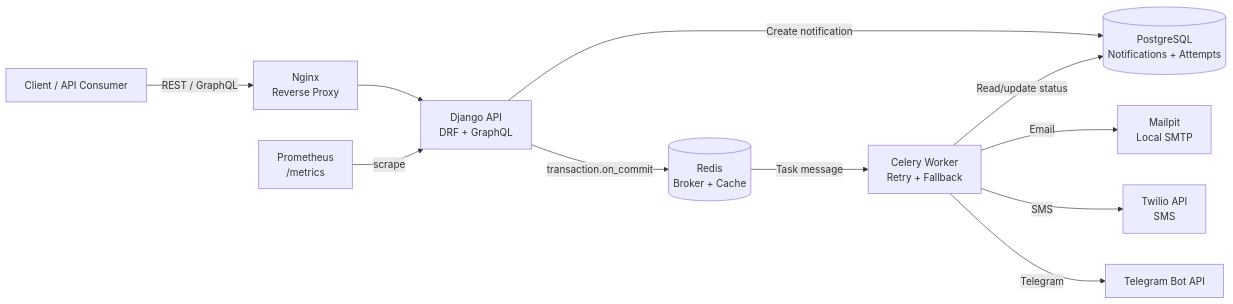
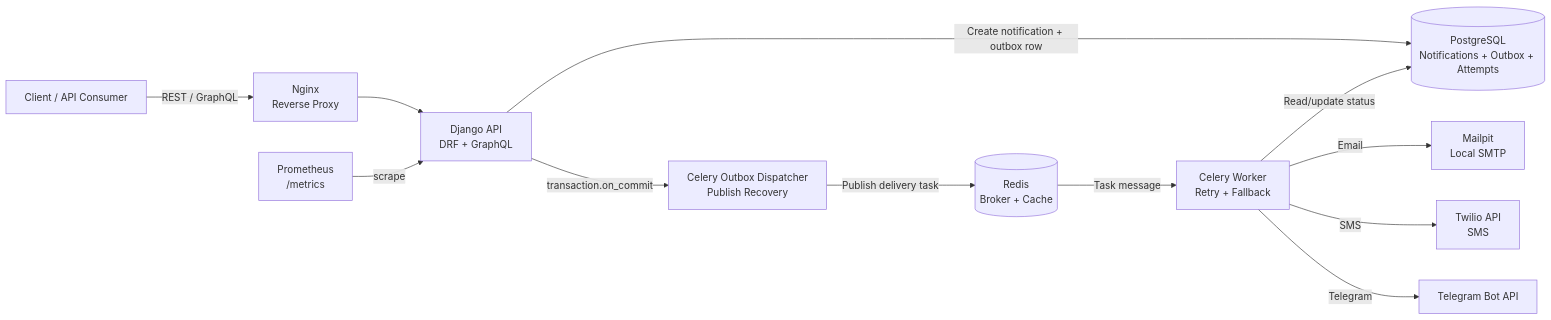
The diagram in README.md (sintbjorn/notification_service_twilio), drawn with Mermaid before and after one commit. The commit also changed other lines of this file and 13 other files, not shown here.

First line of the commit message:
В notifications/serializers.py добавил нормальные OpenAPI schemas для:

````diff
--- a/README.md
+++ b/README.md
@@ -91,24 +101,26 @@
 ```mermaid
 flowchart LR
     client["Client / API Consumer"]
     nginx["Nginx<br/>Reverse Proxy"]
     django["Django API<br/>DRF + GraphQL"]
-    db[("PostgreSQL<br/>Notifications + Attempts")]
+    db[("PostgreSQL<br/>Notifications + Outbox + Attempts")]
+    outbox["Celery Outbox Dispatcher<br/>Publish Recovery"]
     redis[("Redis<br/>Broker + Cache")]
     worker["Celery Worker<br/>Retry + Fallback"]
     prometheus["Prometheus<br/>/metrics"]
     mailpit["Mailpit<br/>Local SMTP"]
     twilio["Twilio API<br/>SMS"]
     telegram["Telegram Bot API"]
 
     client -->|"REST / GraphQL"| nginx
     nginx --> django
-    django -->|"Create notification"| db
-    django -->|"transaction.on_commit"| redis
+    django -->|"Create notification + outbox row"| db
+    django -->|"transaction.on_commit"| outbox
+    outbox -->|"Publish delivery task"| redis
     prometheus -->|"scrape"| django
     redis -->|"Task message"| worker
     worker -->|"Read/update status"| db
     worker -->|"Email"| mailpit
     worker -->|"SMS"| twilio
     worker -->|"Telegram"| telegram
 ```
````
